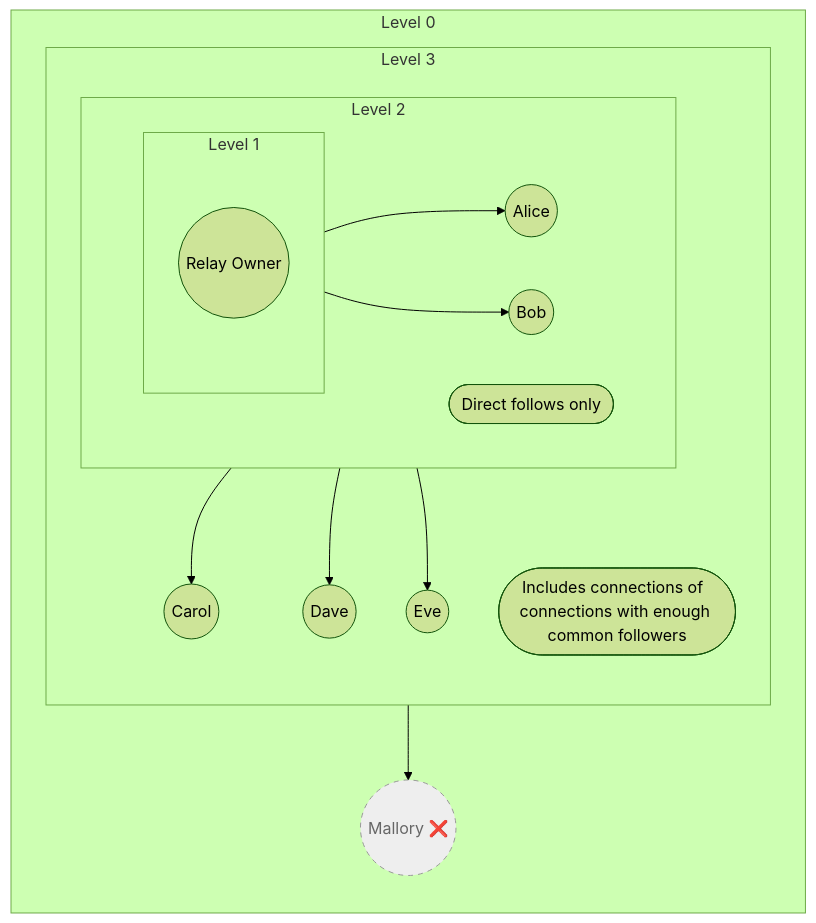
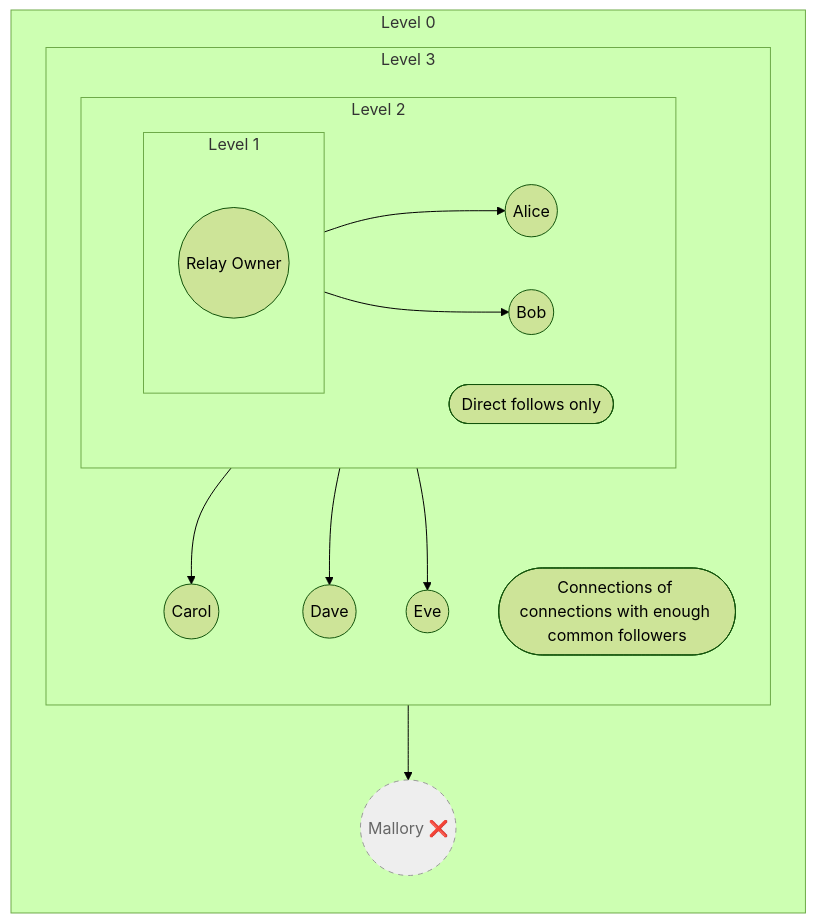
The diagram in docs/wot.md (bitvora/haven), drawn with Mermaid (forest theme) before and after one commit. The commit also changed other lines of this file, not shown here.

````diff
--- a/docs/wot.md
+++ b/docs/wot.md
@@ -20,56 +16,56 @@
 ```mermaid
 flowchart TD
 %% -------------------------------
 %% Level 0 — Public
 %% -------------------------------
 subgraph L0["Level 0"]
 direction TB
 
         %% -------------------------------
         %% Level 3 — Connections of Connections
         %% -------------------------------
         subgraph L3["Level 3"]
             direction TB
-            Note3([Includes connections of  connections with enough common followers])
+            Note3([Connections of connections with enough common followers])
 
             %% -------------------------------
             %% Level 2 — Direct Connections
             %% -------------------------------
             subgraph L2["Level 2"]
                 direction LR
                 Note2([Direct follows only])
 
                 %% Level 1 — Private
                 subgraph L1["Level 1"]
                     direction TB
                     You((Relay Owner))
                 end
 
                 Alice((Alice))
                 Bob((Bob))
             end
 
             Carol((Carol))
             Dave((Dave))
             Eve((Eve))
         end
 
         Mallory((Mallory ❌))
     end
 
     %% -------------------------------
     %% Relationships
     %% -------------------------------
     You --> Alice
     You --> Bob
     Alice --> Carol
     Alice --> Dave
     Bob --> Eve
     Bob --> Mallory
 
     %% -------------------------------
     %% Styling for excluded nodes
     %% -------------------------------
     classDef excluded fill:#eee,stroke:#999,stroke-dasharray: 5 5,color:#666;
     class Mallory excluded;
 ```
````
